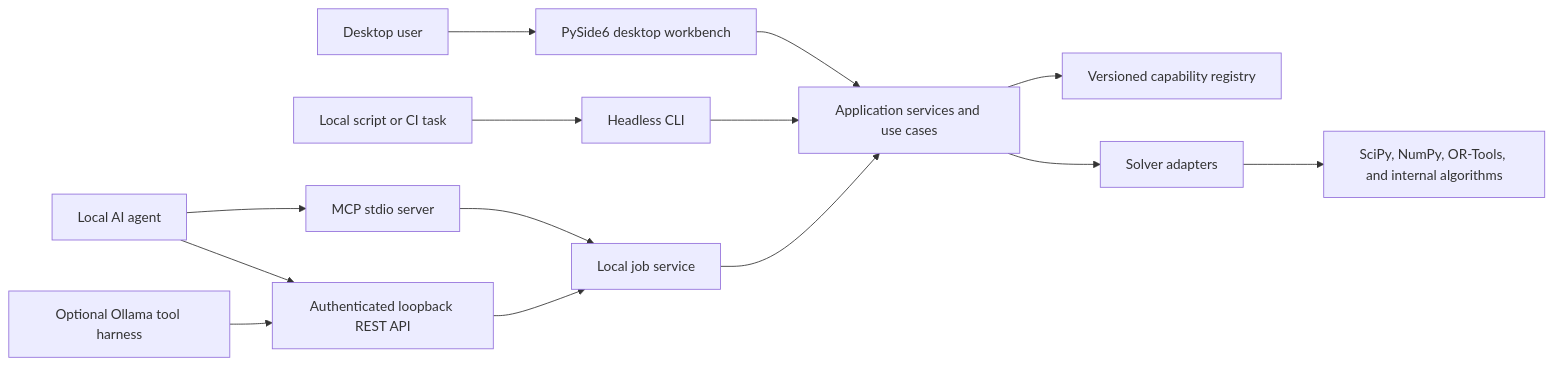
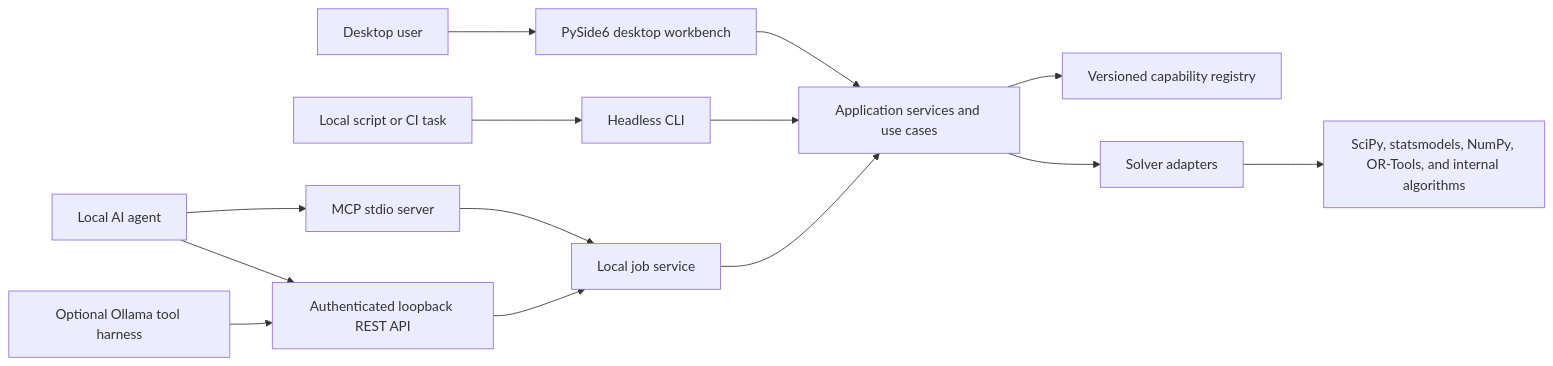
The first of 11 diagrams in docs/ARCHITECTURE.md (Pablo-gitub/optees), drawn with Mermaid before and after one commit. The commit also changed other lines of this file and 16 other files, not shown here.

````diff
--- a/docs/ARCHITECTURE.md
+++ b/docs/ARCHITECTURE.md
@@ -37,18 +37,18 @@
 ```mermaid
 flowchart LR
     User["Desktop user"] --> GUI["PySide6 desktop workbench"]
     Script["Local script or CI task"] --> CLI["Headless CLI"]
     LocalAgent["Local AI agent"] --> MCP["MCP stdio server"]
     LocalAgent --> REST["Authenticated loopback REST API"]
     Ollama["Optional Ollama tool harness"] --> REST
 
     GUI --> Core["Application services and use cases"]
     CLI --> Core
     MCP --> Jobs["Local job service"]
     REST --> Jobs
     Jobs --> Core
 
     Core --> Registry["Versioned capability registry"]
     Core --> Adapters["Solver adapters"]
-    Adapters --> Engines["SciPy, NumPy, OR-Tools, and internal algorithms"]
+    Adapters --> Engines["SciPy, statsmodels, NumPy, OR-Tools, and internal algorithms"]
 ```
````
